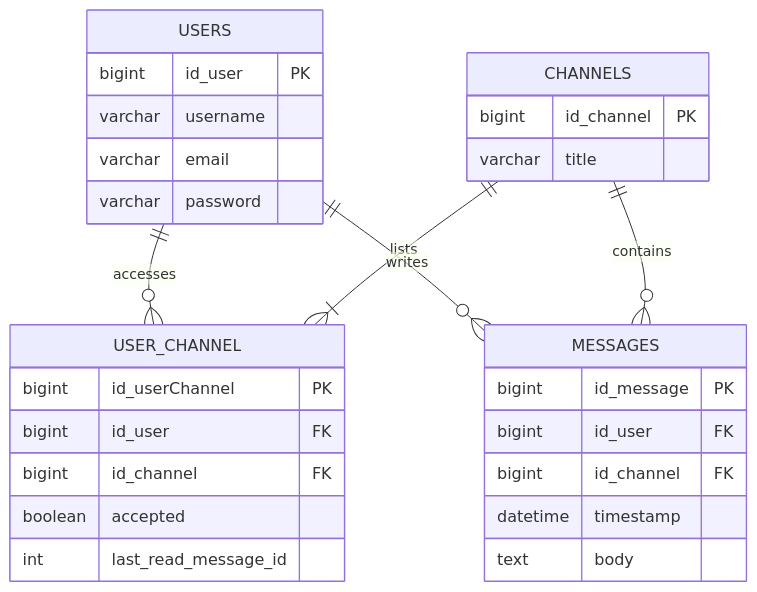
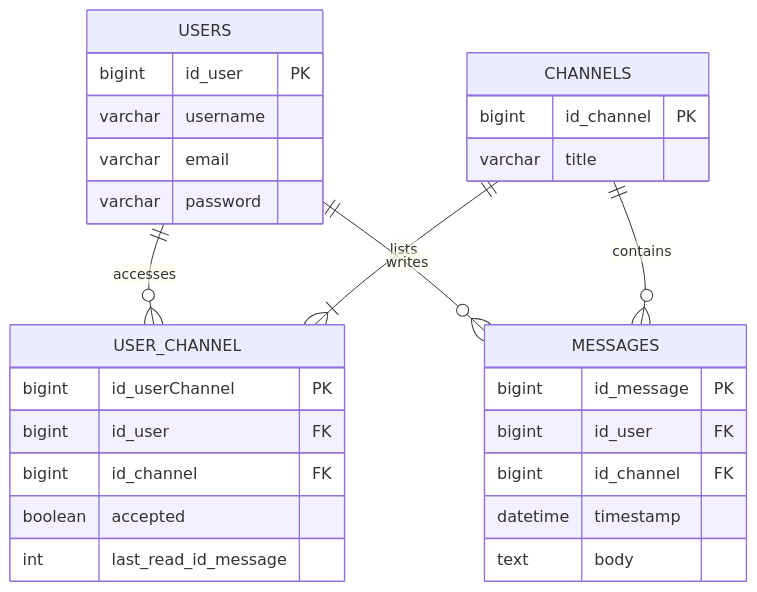
One commit to AdelinePat/wizzMania changed the second of 2 diagrams in README.md. Above: the diagram before and after it, drawn with Mermaid. The commit also changed 10 other files, not shown here.

````diff
--- a/README.md
+++ b/README.md
@@ -55,42 +55,42 @@
 ```mermaid
 erDiagram
     USERS {
         bigint id_user PK
         varchar username
         varchar email
         varchar password
     }
 
     CHANNELS {
         bigint id_channel PK
         varchar title
     }
 
     USER_CHANNEL {
         bigint id_userChannel PK
         bigint id_user FK
         bigint id_channel FK
         boolean accepted
-        int last_read_message_id
+        int last_read_id_message
     }
 
     MESSAGES {
         bigint id_message PK
         bigint id_user FK
         bigint id_channel FK
         datetime timestamp
         text body
     }
 
     %% Users -> User_Channel (0..* per user)
     USERS ||--o{ USER_CHANNEL : "accesses"
 
     %% Channels -> User_Channel (1..* per channel)
     CHANNELS ||--|{ USER_CHANNEL : "lists"
 
     %% Users -> Messages (0..* per user)
     USERS ||--o{ MESSAGES : "writes"
 
     %% Channels -> Messages (0..* per channel)
     CHANNELS ||--o{ MESSAGES : "contains"
 ```
````
